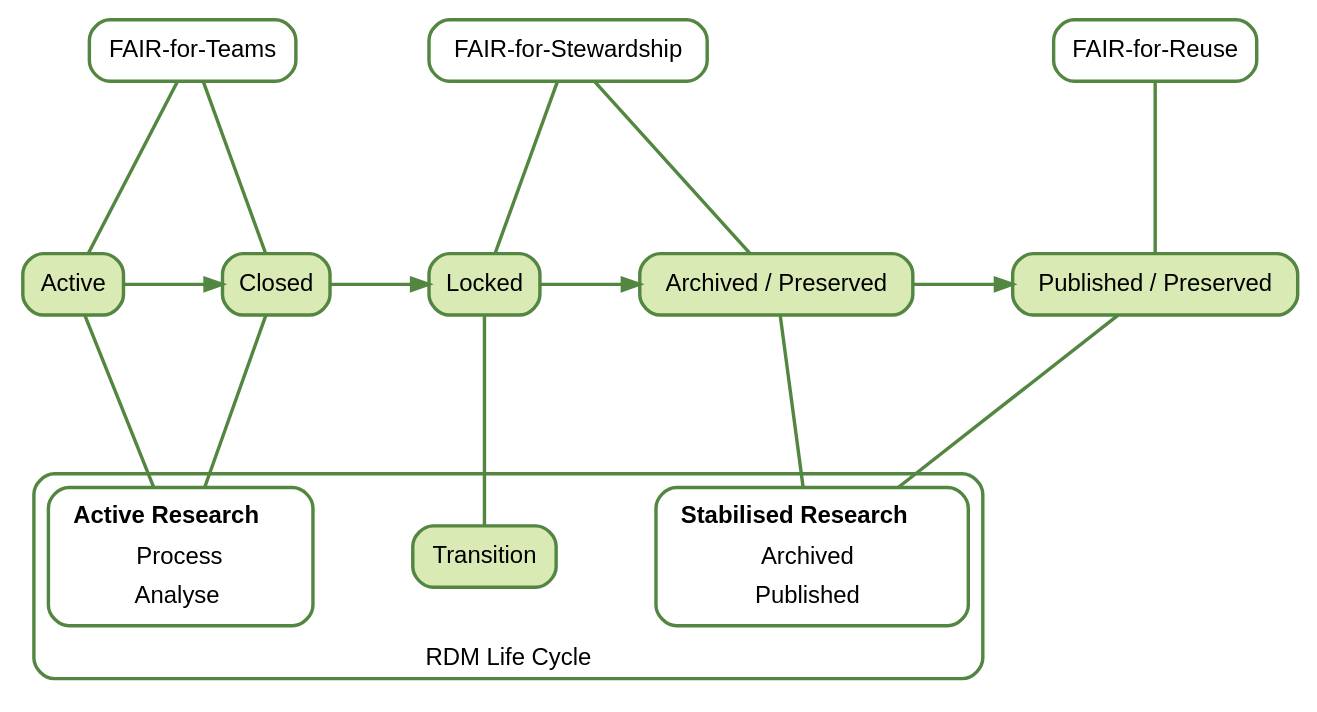
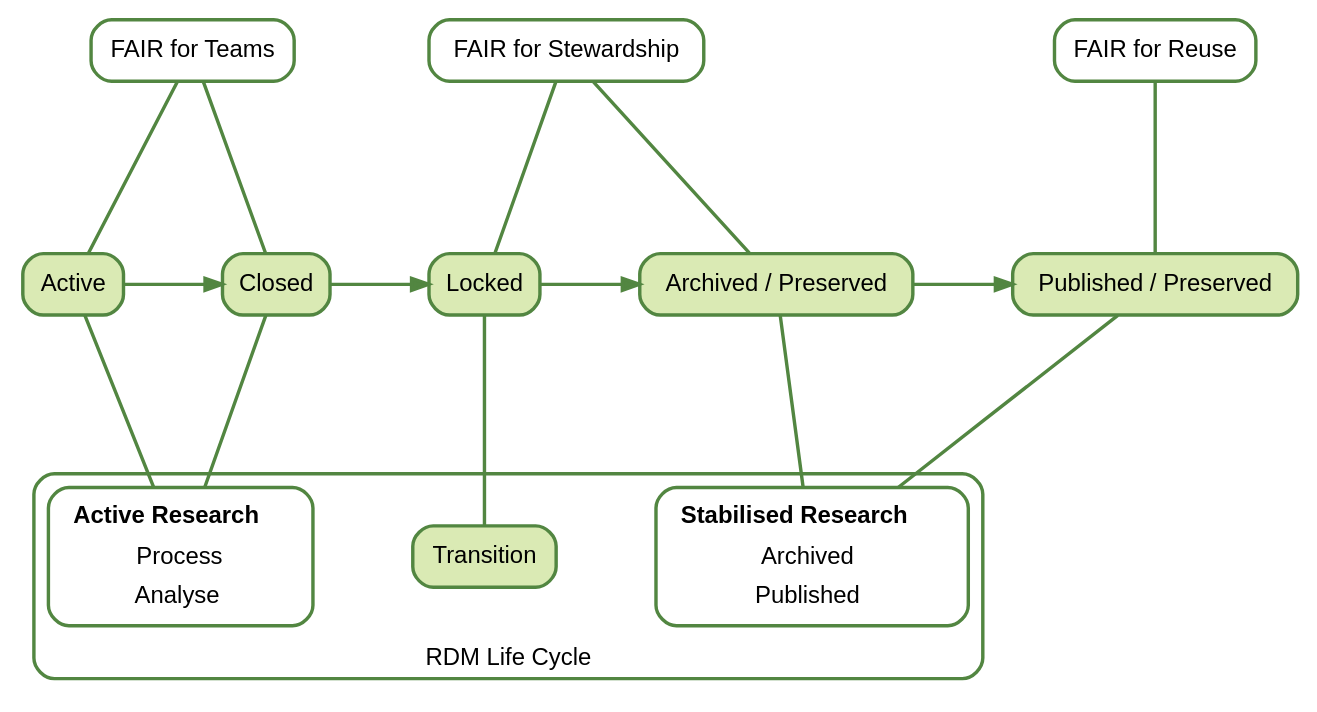
One commit to chStaiger/rdm-tech-foundations changed the diagram in book/data-lifecycle.qmd. Above: the diagram before and after it, drawn with Graphviz. The commit also changed other lines of this file, not shown here.

```diff
--- a/book/data-lifecycle.qmd
+++ b/book/data-lifecycle.qmd
@@ -170,9 +170,9 @@
        TOP ROW — FAIR SCOPE NODES
        ------------------------- */
 
-    FT [label="FAIR‑for‑Teams", fillcolor="white"];
-    FS [label="FAIR‑for‑Stewardship", fillcolor="white"];
-    FR [label="FAIR‑for‑Reuse", fillcolor="white"];
+    FT [label="FAIR for Teams", fillcolor="white"];
+    FS [label="FAIR for Stewardship", fillcolor="white"];
+    FR [label="FAIR for Reuse", fillcolor="white"];
 
     { rank = min; FT; FS; FR }
 
```
